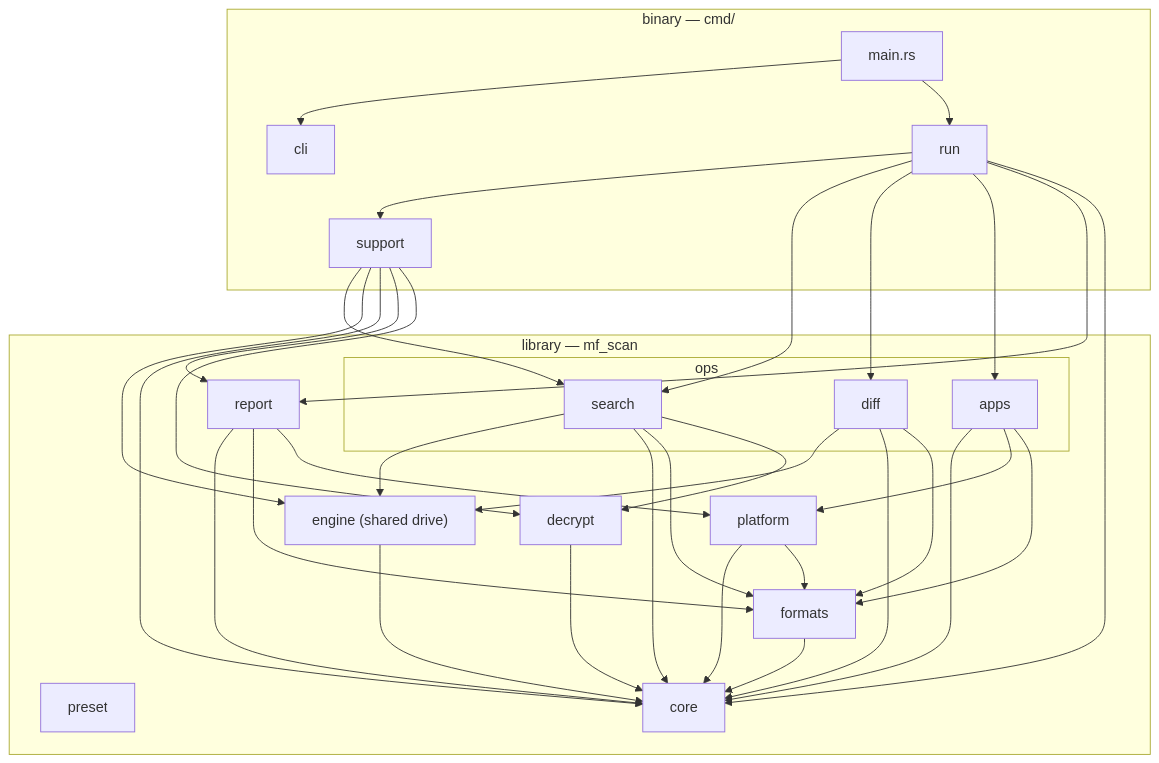
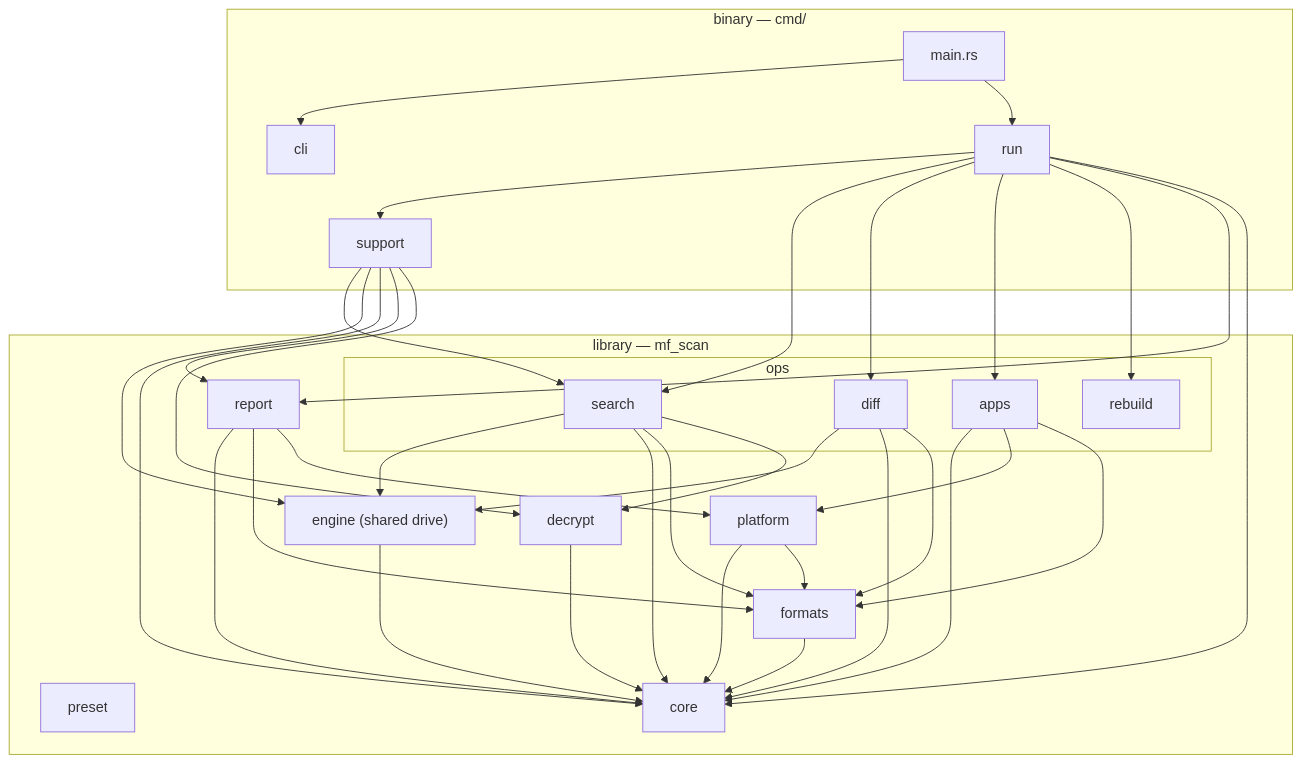
One commit to Ben0x0a/mf-scan changed the first of 2 diagrams in docs/architecture.md. Above: the diagram before and after it, drawn with Mermaid. The commit also changed other lines of this file and 24 other files, not shown here.

````diff
--- a/docs/architecture.md
+++ b/docs/architecture.md
@@ -94,50 +102,52 @@
 ```mermaid
 flowchart TD
     subgraph binary["binary — cmd/"]
         main[main.rs] --> cli
         main --> run
         run --> support
     end
     subgraph library["library — mf_scan"]
         engine["engine (shared drive)"]
         subgraph ops["ops"]
             search["search"]
             diff["diff"]
             apps["apps"]
+            rebuild["rebuild"]
         end
         formats
         report
         preset
         decrypt
         platform
         core
     end
     run --> search
     run --> diff
     run --> apps
+    run --> rebuild
     run --> report
     run --> core
     support --> search
     support --> engine
     support --> core
     support --> report
     support --> decrypt
     engine --> core
     search --> engine
     search --> core
     search --> formats
     search --> decrypt
     diff --> engine
     diff --> core
     diff --> formats
     apps --> core
     apps --> platform
     apps --> formats
     report --> core
     report --> formats
     report --> platform
     platform --> core
     platform --> formats
     formats --> core
     decrypt --> core
 ```
````
